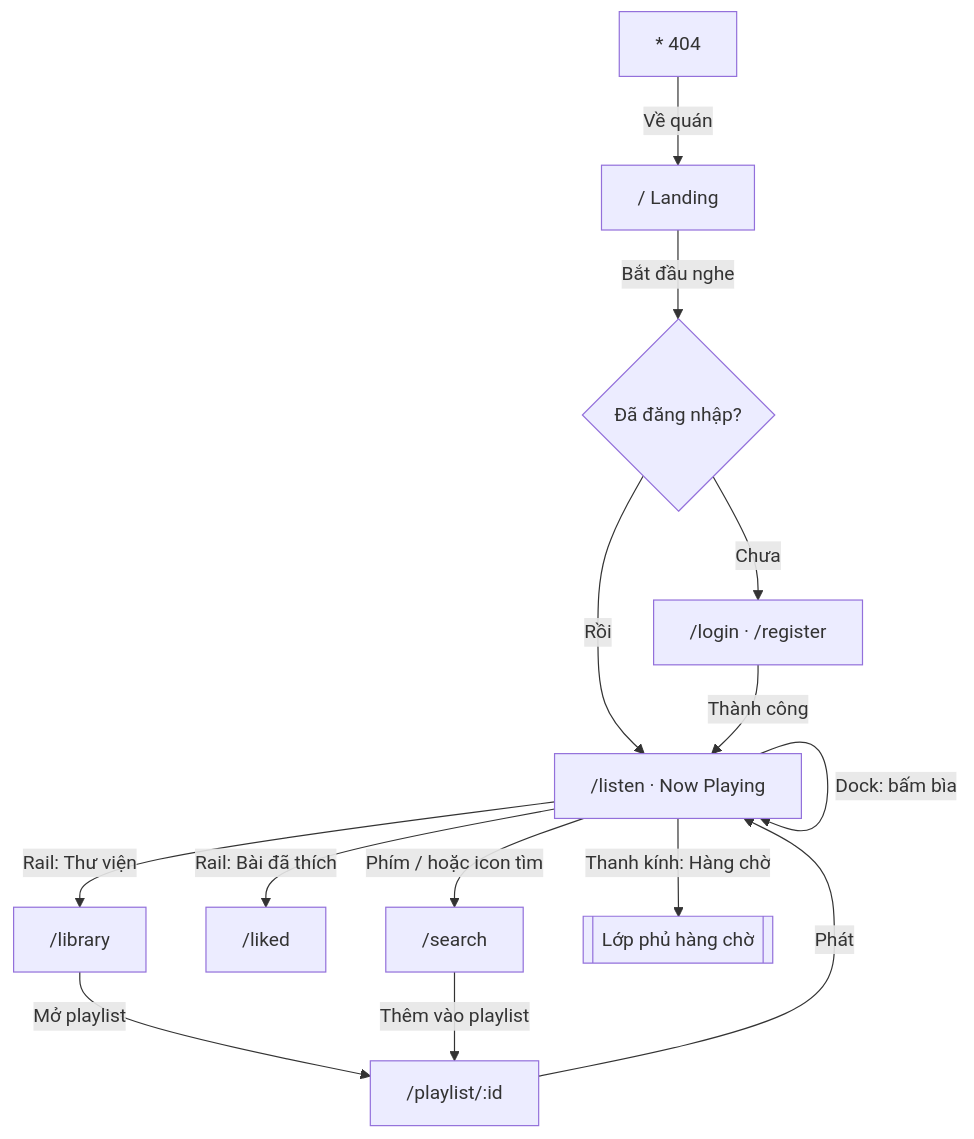
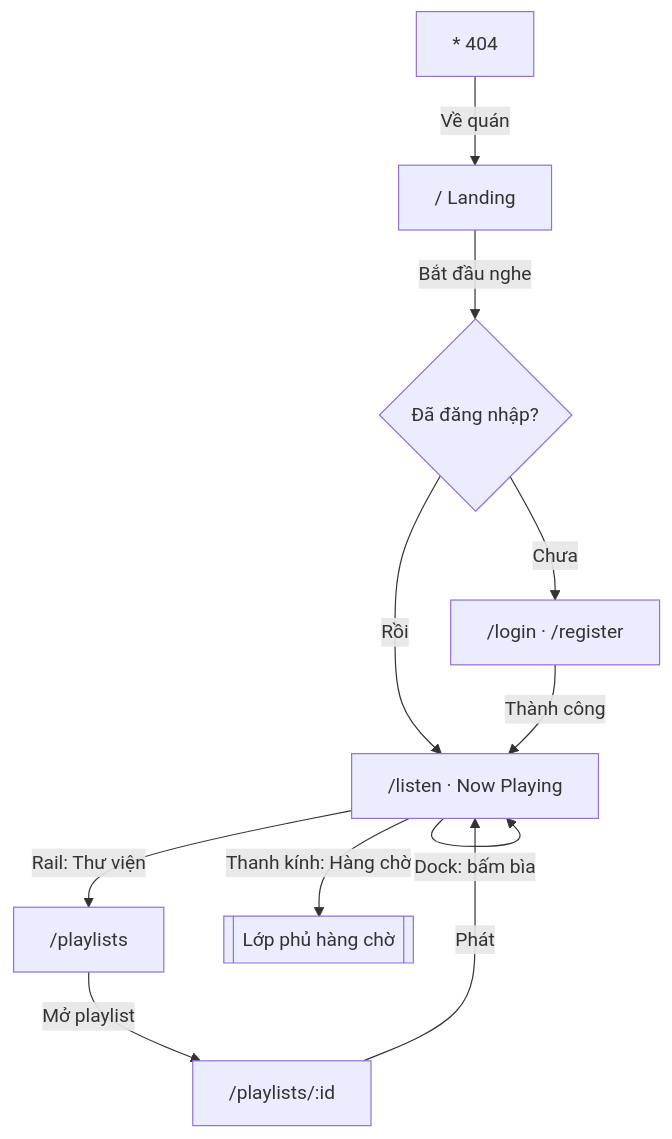
The first of 4 diagrams in docs/report/donatefy-v2-plan.md (duongdonate/donatefy), drawn with Mermaid before and after one commit. The commit also changed other lines of this file and 5 other files, not shown here.

First line of the commit message:
Docs: Bỏ hẳn Tìm kiếm, Bài đã thích (GĐ4b) và gợi ý cùng kênh; bỏ phím /

````diff
--- a/docs/report/donatefy-v2-plan.md
+++ b/docs/report/donatefy-v2-plan.md
@@ -232,16 +232,13 @@
 ```mermaid
 flowchart TD
   L["/ Landing"] -->|Bắt đầu nghe| G{Đã đăng nhập?}
   G -- Chưa --> A["/login · /register"]
   G -- Rồi --> N
   A -->|Thành công| N["/listen · Now Playing"]
-  N -->|Rail: Thư viện| LIB["/library"]
-  N -->|Rail: Bài đã thích| LK["/liked"]
-  N -->|Phím / hoặc icon tìm| S["/search"]
-  LIB -->|Mở playlist| P["/playlist/:id"]
+  N -->|Rail: Thư viện| LIB["/playlists"]
+  LIB -->|Mở playlist| P["/playlists/:id"]
   P -->|Phát| N
-  S -->|Thêm vào playlist| P
   N -->|Dock: bấm bìa| N
   N -->|Thanh kính: Hàng chờ| Q[["Lớp phủ hàng chờ"]]
   X["* 404"] -->|Về quán| L
 ```
````
